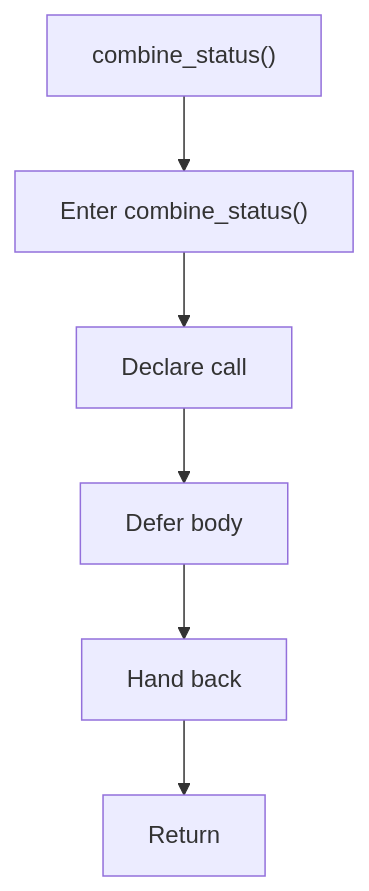
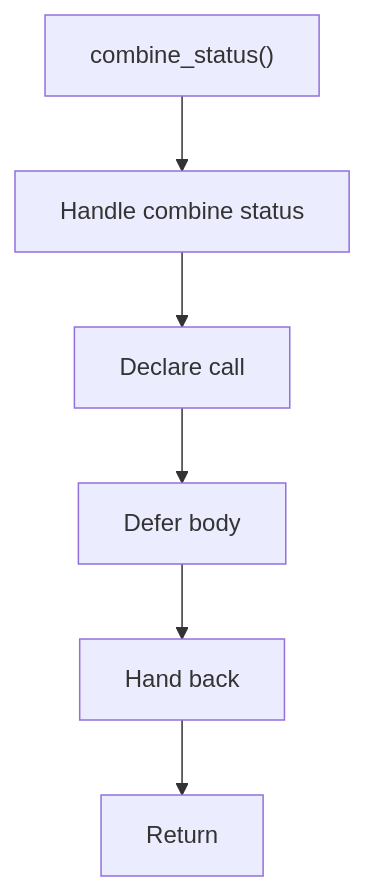
The diagram in docs/Codebase/Microservice/Modules/Header/SyntacticBrokenAST/HashingMechanism/HashLinks/Internal/Flow/functions/combine_status.hpp.md (JohnAndrewBalbarosa/NeoTerritory), drawn with Mermaid before and after one commit. The commit also changed other lines of this file and 915 other files, not shown here.

````diff
--- a/docs/Codebase/Microservice/Modules/Header/SyntacticBrokenAST/HashingMechanism/HashLinks/Internal/Flow/functions/combine_status.hpp.md
+++ b/docs/Codebase/Microservice/Modules/Header/SyntacticBrokenAST/HashingMechanism/HashLinks/Internal/Flow/functions/combine_status.hpp.md
@@ -16,14 +16,14 @@
 ```mermaid
 flowchart TD
     Start["combine_status()"]
-    N0["Enter combine_status()"]
+    N0["Handle combine status"]
     N1["Declare call"]
     N2["Defer body"]
     N3["Hand back"]
     End["Return"]
     Start --> N0
     N0 --> N1
     N1 --> N2
     N2 --> N3
     N3 --> End
 ```
````
